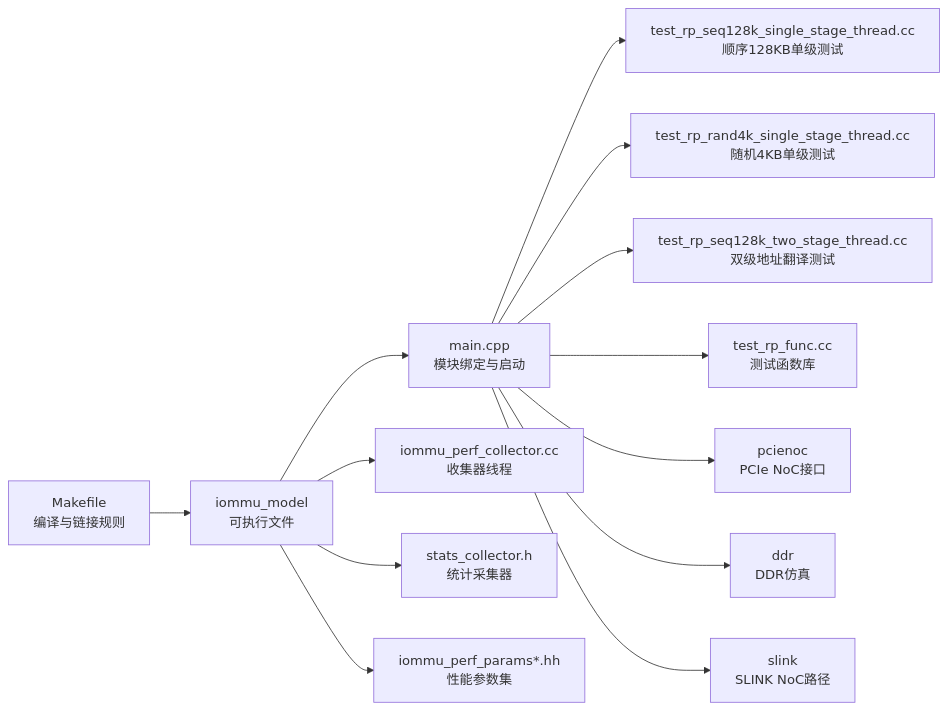
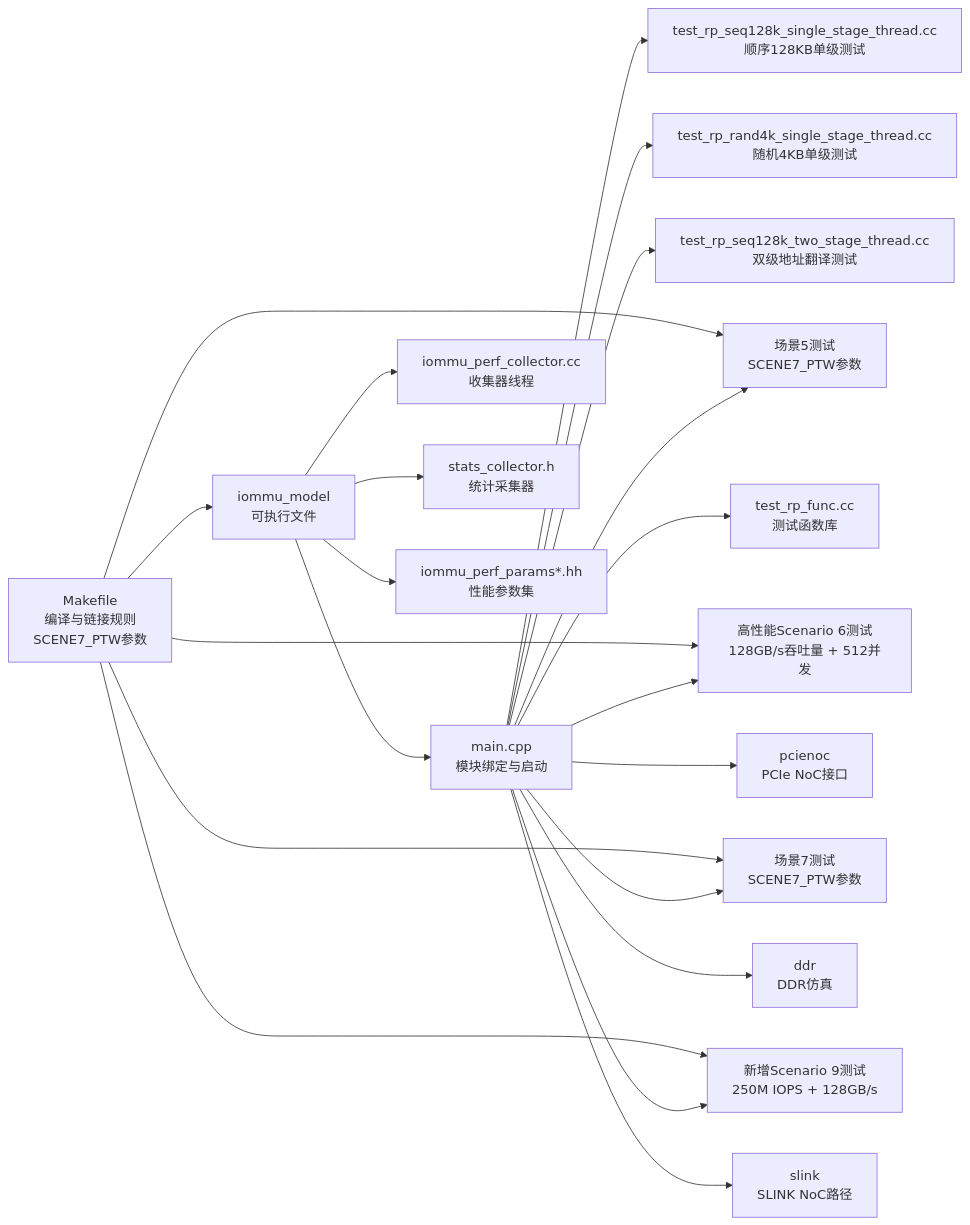
One commit to jiangjiang1122/iommu_model_20260401_v1 changed the sixth of 6 diagrams in .qoder/repowiki/zh/content/性能模型/性能基准测试.md. Above: the diagram before and after it, drawn with Mermaid. The commit also changed other lines of this file and 186 other files, not shown here.

````diff
--- a/.qoder/repowiki/zh/content/性能模型/性能基准测试.md
+++ b/.qoder/repowiki/zh/content/性能模型/性能基准测试.md
@@ -361,15 +452,23 @@
 ```mermaid
 graph LR
-MK["Makefile<br/>编译与链接规则"] --> BIN["iommu_model<br/>可执行文件"]
+MK["Makefile<br/>编译与链接规则<br/>SCENE7_PTW参数"] --> BIN["iommu_model<br/>可执行文件"]
 BIN --> MAIN["main.cpp<br/>模块绑定与启动"]
 MAIN --> SCENE1["test_rp_seq128k_single_stage_thread.cc<br/>顺序128KB单级测试"]
 MAIN --> SCENE2["test_rp_rand4k_single_stage_thread.cc<br/>随机4KB单级测试"]
 MAIN --> SCENE3["test_rp_seq128k_two_stage_thread.cc<br/>双级地址翻译测试"]
+MAIN --> SCENE5["场景5测试<br/>SCENE7_PTW参数"]
+MAIN --> SCENE6["高性能Scenario 6测试<br/>128GB/s吞吐量 + 512并发"]
+MAIN --> SCENE7["场景7测试<br/>SCENE7_PTW参数"]
+MAIN --> SCENE9["新增Scenario 9测试<br/>250M IOPS + 128GB/s"]
 MAIN --> FUNC["test_rp_func.cc<br/>测试函数库"]
 MAIN --> PCIE["pcienoc<br/>PCIe NoC接口"]
 MAIN --> DDR["ddr<br/>DDR仿真"]
 MAIN --> SLINK["slink<br/>SLINK NoC路径"]
 BIN --> COL["iommu_perf_collector.cc<br/>收集器线程"]
 BIN --> STATS["stats_collector.h<br/>统计采集器"]
 BIN --> PARAMS["iommu_perf_params*.hh<br/>性能参数集"]
+MK --> SCENE5
+MK --> SCENE6
+MK --> SCENE7
+MK --> SCENE9
 ```
````
